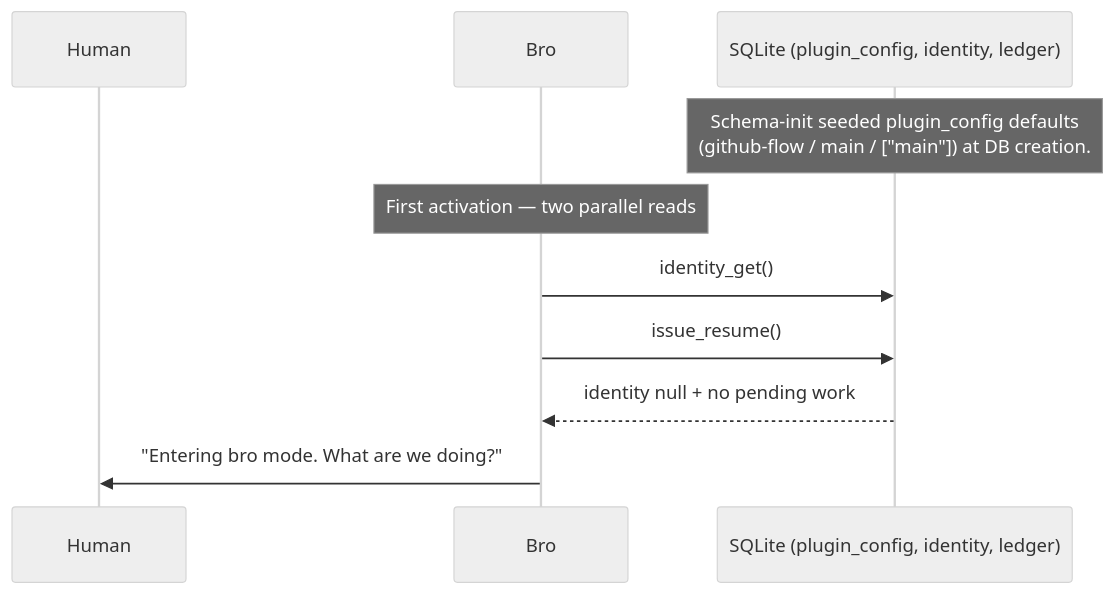
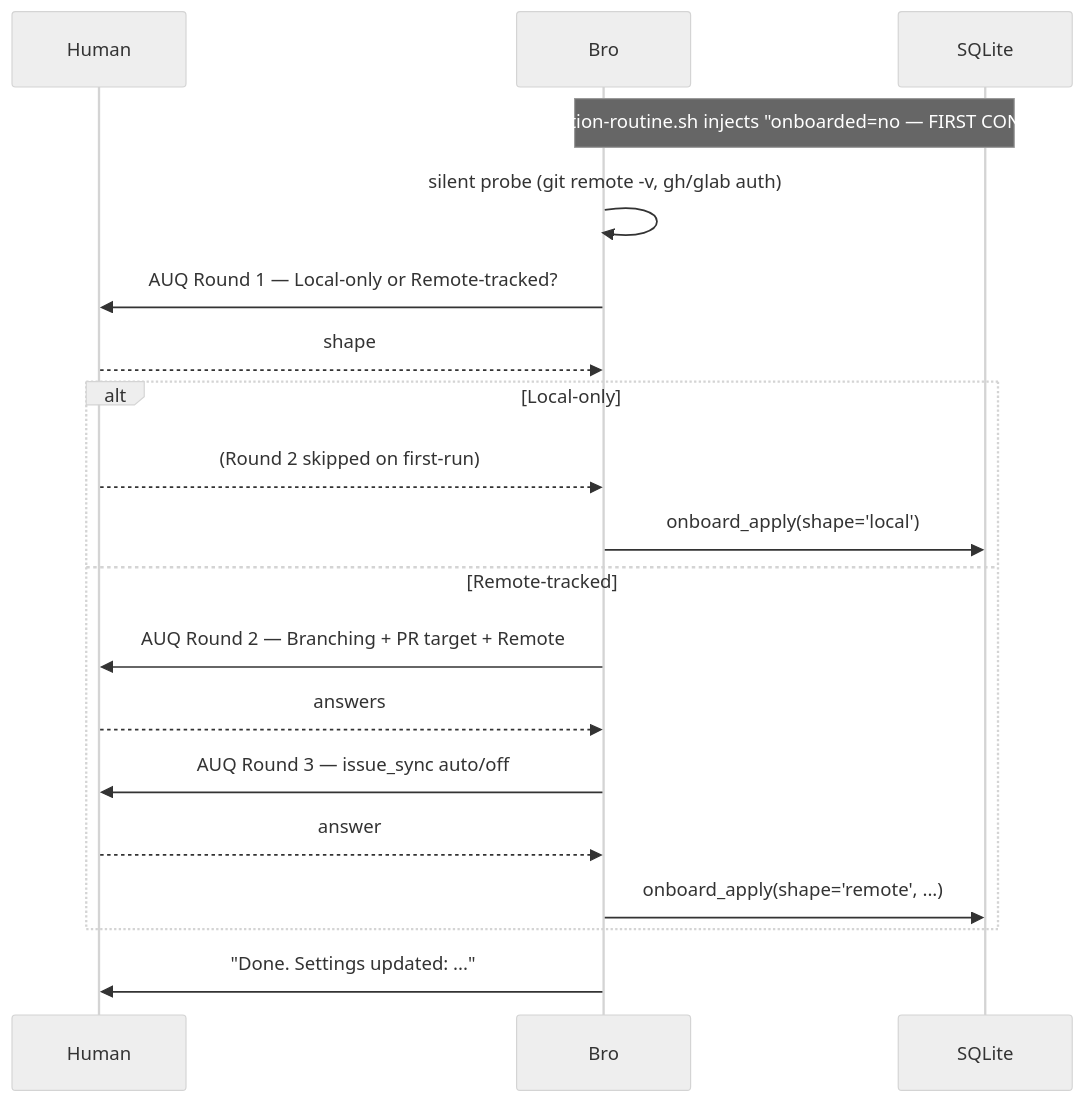
One commit to trustmybot/plugin changed the first of 4 diagrams in docs/architecture/FLOWS.md. Above: the diagram before and after it, drawn with Mermaid (neutral theme). The commit also changed other lines of this file and 1051 other files, not shown here.

````diff
--- a/docs/architecture/FLOWS.md
+++ b/docs/architecture/FLOWS.md
@@ -56,15 +42,25 @@
 ```mermaid
 sequenceDiagram
     participant H as Human
     participant G as Bro
-    participant DB as SQLite (plugin_config, identity, ledger)
+    participant DB as SQLite
 
-    Note over DB: Schema-init seeded plugin_config defaults<br/>(github-flow / main / ["main"]) at DB creation.
+    Note over G,DB: activation-routine.sh injects "onboarded=no — FIRST CONTACT"
 
-    Note over G: First activation — two parallel reads
-    G->>DB: identity_get()
-    G->>DB: issue_resume()
-    DB-->>G: identity null + no pending work
+    G->>G: silent probe (git remote -v, gh/glab auth)
+    G->>H: AUQ Round 1 — Local-only or Remote-tracked?
+    H-->>G: shape
 
-    G->>H: "Entering bro mode. What are we doing?"
+    alt Local-only
+        H-->>G: (Round 2 skipped on first-run)
+        G->>DB: onboard_apply(shape='local')
+    else Remote-tracked
+        G->>H: AUQ Round 2 — Branching + PR target + Remote
+        H-->>G: answers
+        G->>H: AUQ Round 3 — issue_sync auto/off
+        H-->>G: answer
+        G->>DB: onboard_apply(shape='remote', ...)
+    end
+
+    G->>H: "Done. Settings updated: ..."
 ```
````
